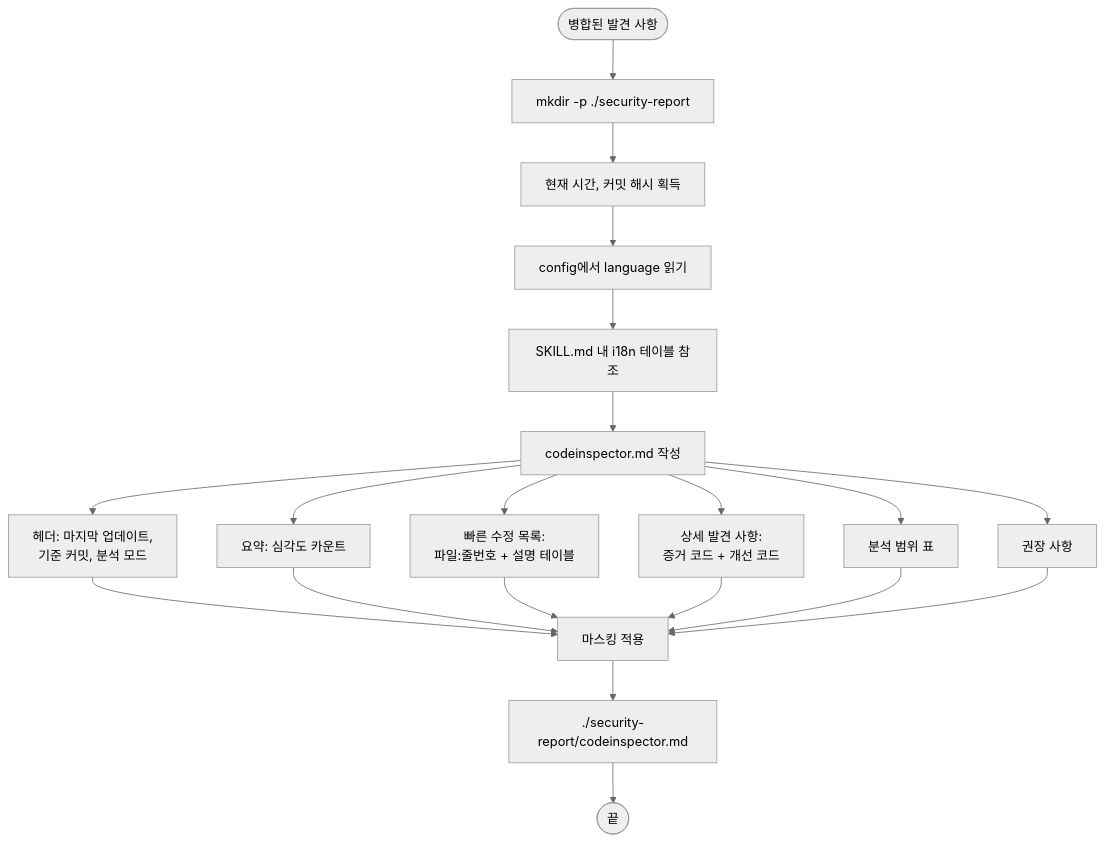
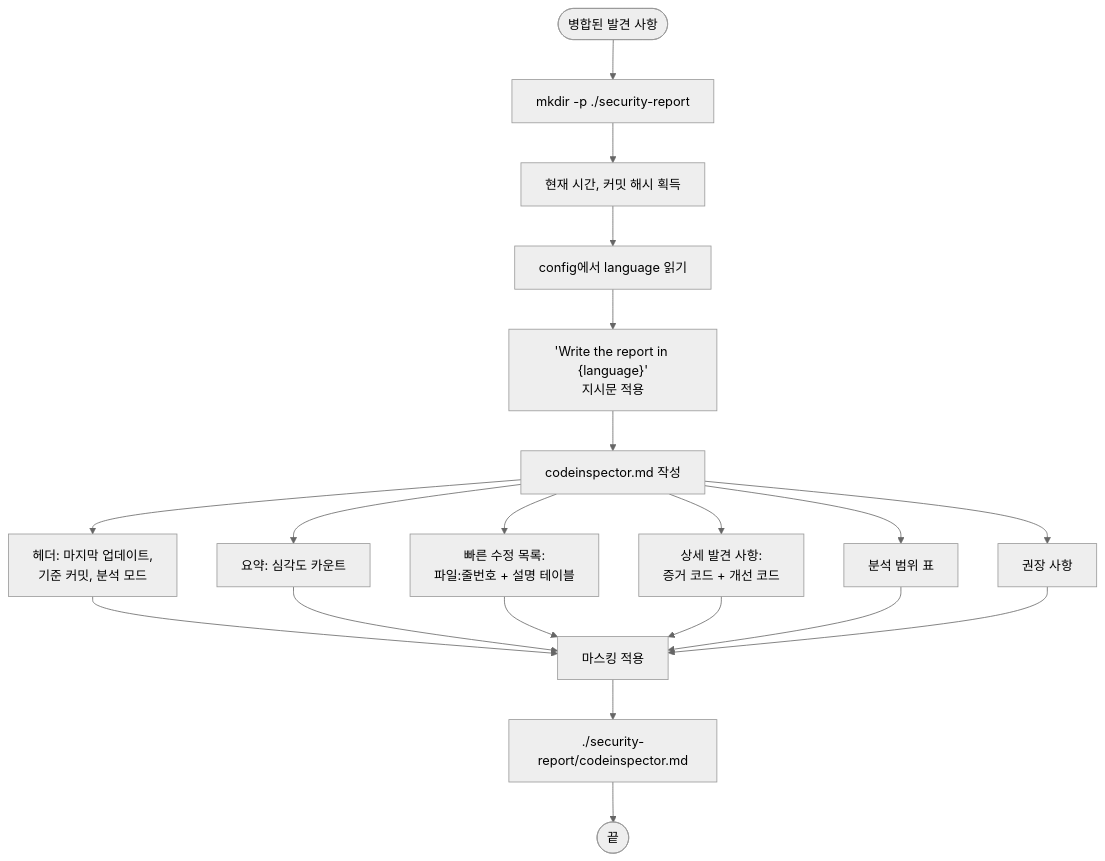
The eighth of 8 diagrams in design/codeinspector.md (letsur-dev/vulcheck), drawn with Mermaid (neutral theme) before and after one commit. The commit also changed other lines of this file and 14 other files, not shown here.

````diff
--- a/design/codeinspector.md
+++ b/design/codeinspector.md
@@ -425,25 +504,25 @@
 ```mermaid
 flowchart TD
     Start([병합된 발견 사항]) --> MkDir["mkdir -p ./security-report"]
     MkDir --> GetTime["현재 시간, 커밋 해시 획득"]
     GetTime --> ReadLang["config에서 language 읽기"]
-    ReadLang --> Translate["SKILL.md 내 i18n 테이블 참조"]
-    Translate --> Write["codeinspector.md 작성"]
+    ReadLang --> LangDirective["'Write the report in {language}'<br>지시문 적용"]
+    LangDirective --> Write["codeinspector.md 작성"]
 
     Write --> Header["헤더: 마지막 업데이트,<br>기준 커밋, 분석 모드"]
     Write --> Summary["요약: 심각도 카운트"]
     Write --> QuickFix["빠른 수정 목록:<br>파일:줄번호 + 설명 테이블"]
     Write --> Details["상세 발견 사항:<br>증거 코드 + 개선 코드"]
     Write --> Coverage["분석 범위 표"]
     Write --> Recs["권장 사항"]
 
     Header --> Redact["마스킹 적용"]
     Summary --> Redact
     QuickFix --> Redact
     Details --> Redact
     Coverage --> Redact
     Recs --> Redact
 
     Redact --> Save["./security-report/codeinspector.md"]
     Save --> End([끝])
 ```
````
